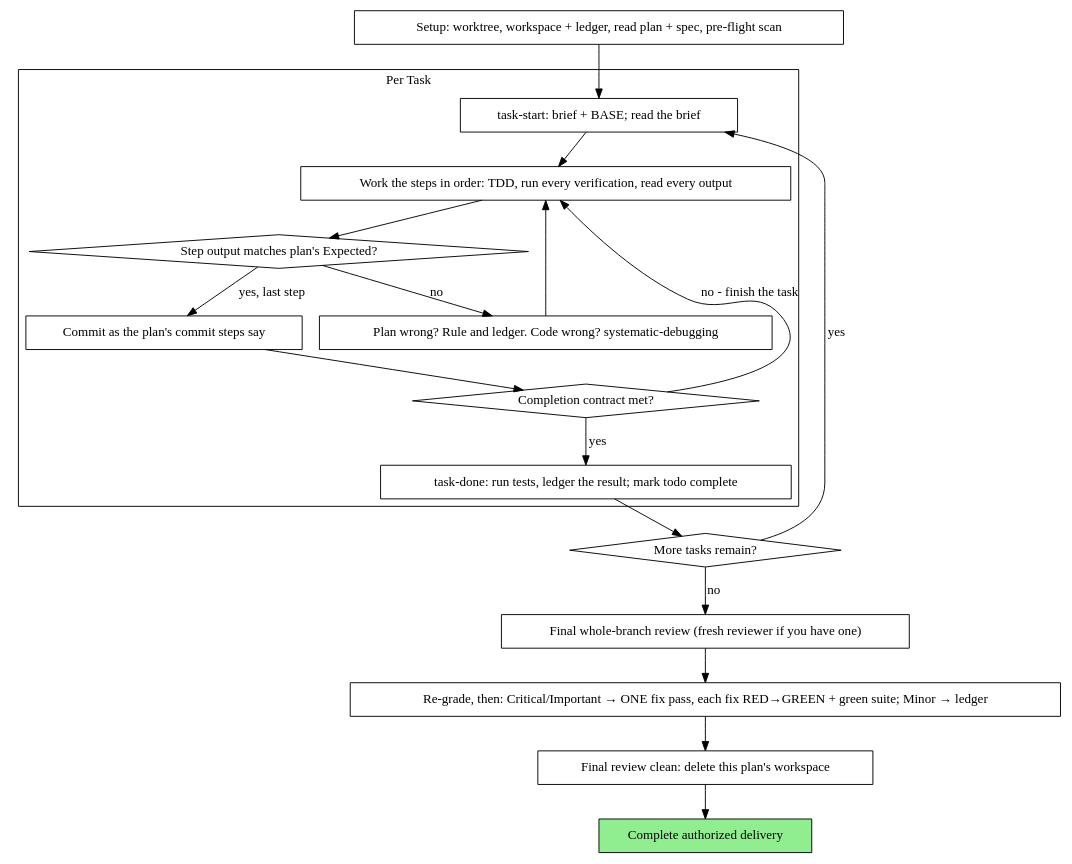
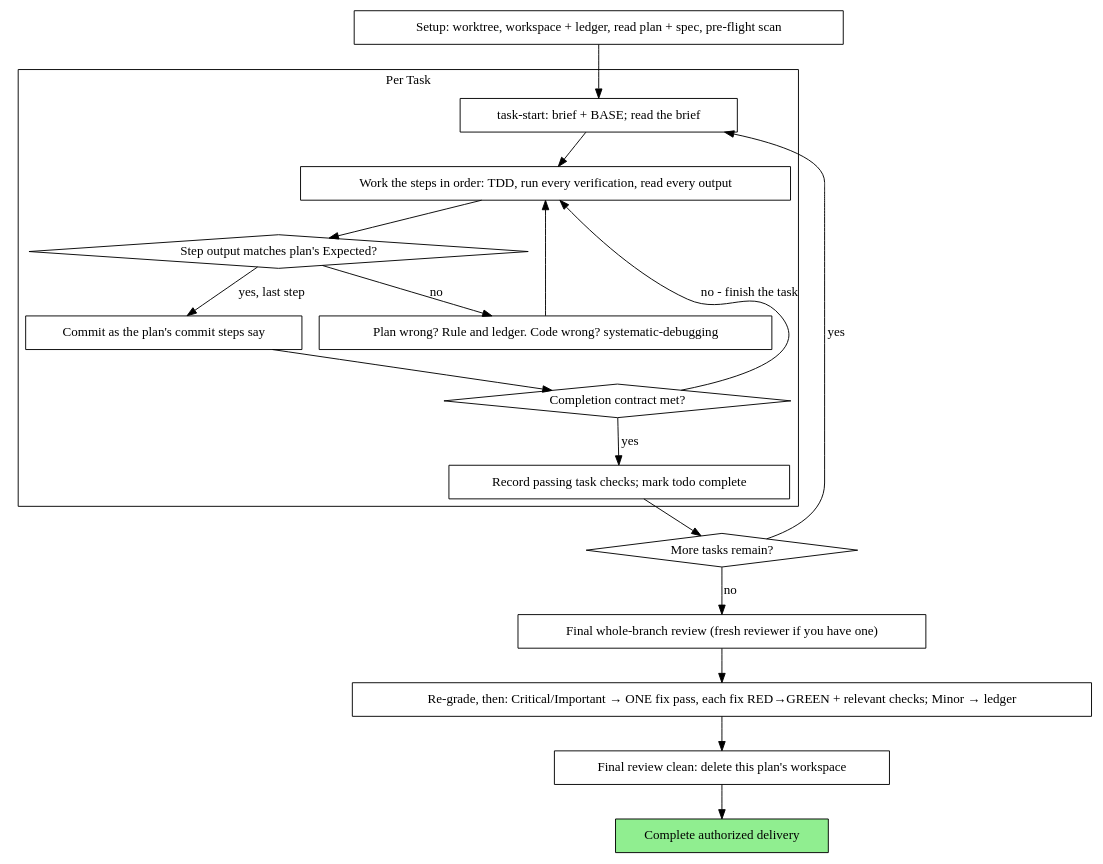
One commit to Pronesti/agent-skills changed the diagram in skills/executing-plans/SKILL.md. Above: the diagram before and after it, drawn with Graphviz. The commit also changed other lines of this file and 11 other files, not shown here.

````diff
--- a/skills/executing-plans/SKILL.md
+++ b/skills/executing-plans/SKILL.md
@@ -72,39 +72,39 @@
 ```dot
 digraph process {
     rankdir=TB;
 
     subgraph cluster_per_task {
         label="Per Task";
         "task-start: brief + BASE; read the brief" [shape=box];
         "Work the steps in order: TDD, run every verification, read every output" [shape=box];
         "Step output matches plan's Expected?" [shape=diamond];
         "Plan wrong? Rule and ledger. Code wrong? systematic-debugging" [shape=box];
         "Commit as the plan's commit steps say" [shape=box];
         "Completion contract met?" [shape=diamond];
-        "task-done: run tests, ledger the result; mark todo complete" [shape=box];
+        "Record passing task checks; mark todo complete" [shape=box];
     }
 
     "Setup: worktree, workspace + ledger, read plan + spec, pre-flight scan" [shape=box];
     "More tasks remain?" [shape=diamond];
     "Final whole-branch review (fresh reviewer if you have one)" [shape=box];
-    "Re-grade, then: Critical/Important → ONE fix pass, each fix RED→GREEN + green suite; Minor → ledger" [shape=box];
+    "Re-grade, then: Critical/Important → ONE fix pass, each fix RED→GREEN + relevant checks; Minor → ledger" [shape=box];
     "Final review clean: delete this plan's workspace" [shape=box];
     "Complete authorized delivery" [shape=box style=filled fillcolor=lightgreen];
 
     "Setup: worktree, workspace + ledger, read plan + spec, pre-flight scan" -> "task-start: brief + BASE; read the brief";
     "task-start: brief + BASE; read the brief" -> "Work the steps in order: TDD, run every verification, read every output";
     "Work the steps in order: TDD, run every verification, read every output" -> "Step output matches plan's Expected?";
     "Step output matches plan's Expected?" -> "Plan wrong? Rule and ledger. Code wrong? systematic-debugging" [label="no"];
     "Plan wrong? Rule and ledger. Code wrong? systematic-debugging" -> "Work the steps in order: TDD, run every verification, read every output";
     "Step output matches plan's Expected?" -> "Commit as the plan's commit steps say" [label="yes, last step"];
     "Commit as the plan's commit steps say" -> "Completion contract met?";
     "Completion contract met?" -> "Work the steps in order: TDD, run every verification, read every output" [label="no - finish the task"];
-    "Completion contract met?" -> "task-done: run tests, ledger the result; mark todo complete" [label="yes"];
-    "task-done: run tests, ledger the result; mark todo complete" -> "More tasks remain?";
+    "Completion contract met?" -> "Record passing task checks; mark todo complete" [label="yes"];
+    "Record passing task checks; mark todo complete" -> "More tasks remain?";
     "More tasks remain?" -> "task-start: brief + BASE; read the brief" [label="yes"];
     "More tasks remain?" -> "Final whole-branch review (fresh reviewer if you have one)" [label="no"];
-    "Final whole-branch review (fresh reviewer if you have one)" -> "Re-grade, then: Critical/Important → ONE fix pass, each fix RED→GREEN + green suite; Minor → ledger";
-    "Re-grade, then: Critical/Important → ONE fix pass, each fix RED→GREEN + green suite; Minor → ledger" -> "Final review clean: delete this plan's workspace";
+    "Final whole-branch review (fresh reviewer if you have one)" -> "Re-grade, then: Critical/Important → ONE fix pass, each fix RED→GREEN + relevant checks; Minor → ledger";
+    "Re-grade, then: Critical/Important → ONE fix pass, each fix RED→GREEN + relevant checks; Minor → ledger" -> "Final review clean: delete this plan's workspace";
     "Final review clean: delete this plan's workspace" -> "Complete authorized delivery";
 }
 ```
````
